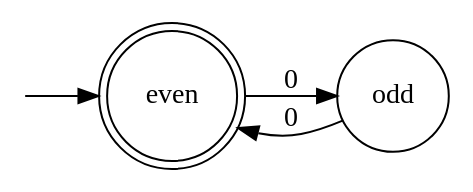
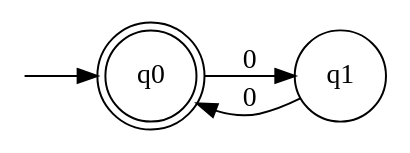
One commit to jing3387/dfa changed the diagram in even.dot. Above: the diagram before and after it, drawn with Graphviz. The commit also changed 6 other files, not shown here.

Commit message:
Recognises the alphabet attribute of the graph and additional robustness

```diff
--- a/even.dot
+++ b/even.dot
@@ -1,12 +1,14 @@
 digraph DFA {
-  // Configuration
   rankdir=LR
-  node [shape=doublecircle] even
-  node [shape=circle] odd
+
+  # Definition
+  Sigma="0"
+
+  node [shape=doublecircle] q0
+  node [shape=circle] q1
   node [shape=none label="" width=0 height=0] start
 
-  // Definition
-  start -> even
-  even -> odd [label="0"]
-  odd -> even [label="0"]
+  start -> q0
+  q0 -> q1 [label="0"]
+  q1 -> q0 [label="0"]
 }
```
